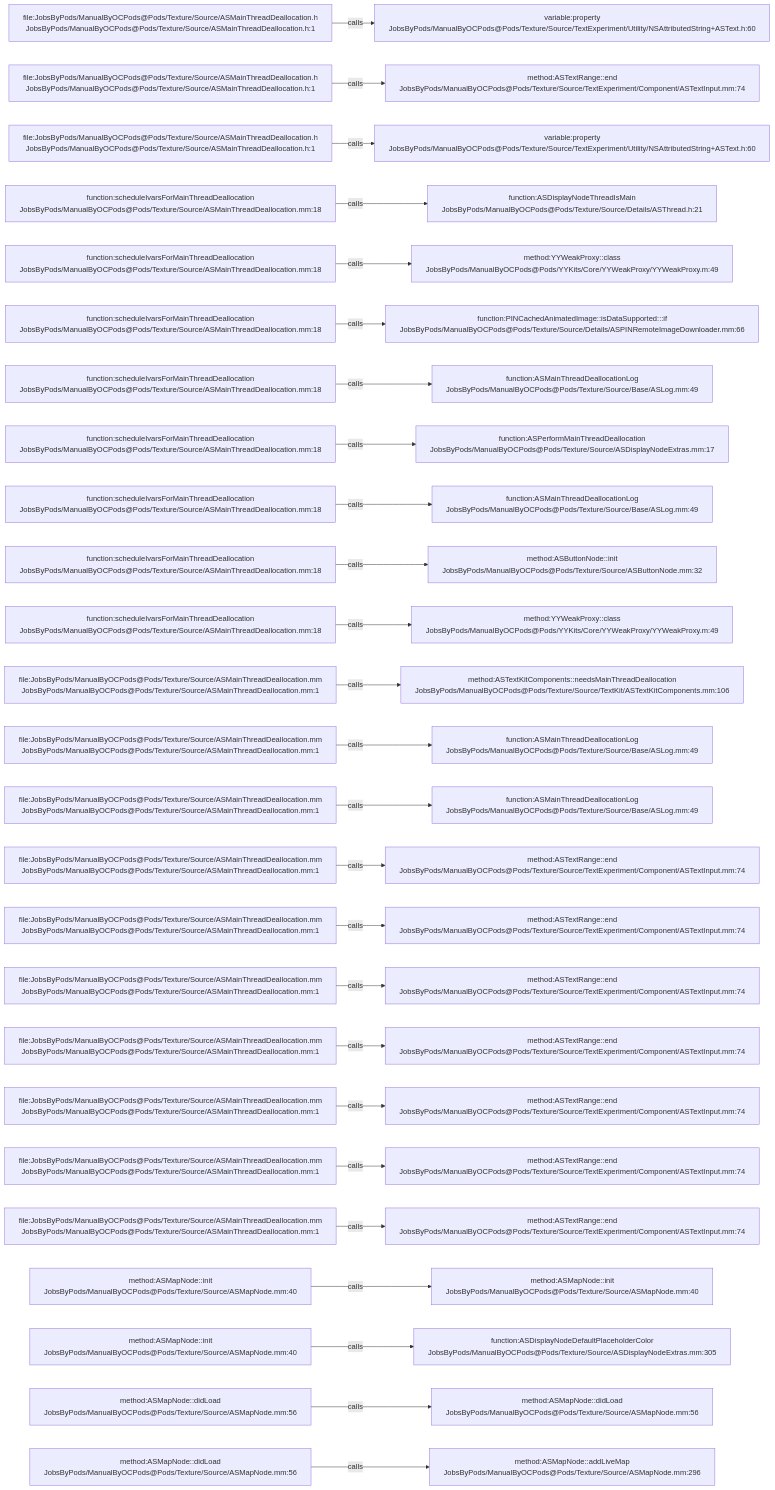
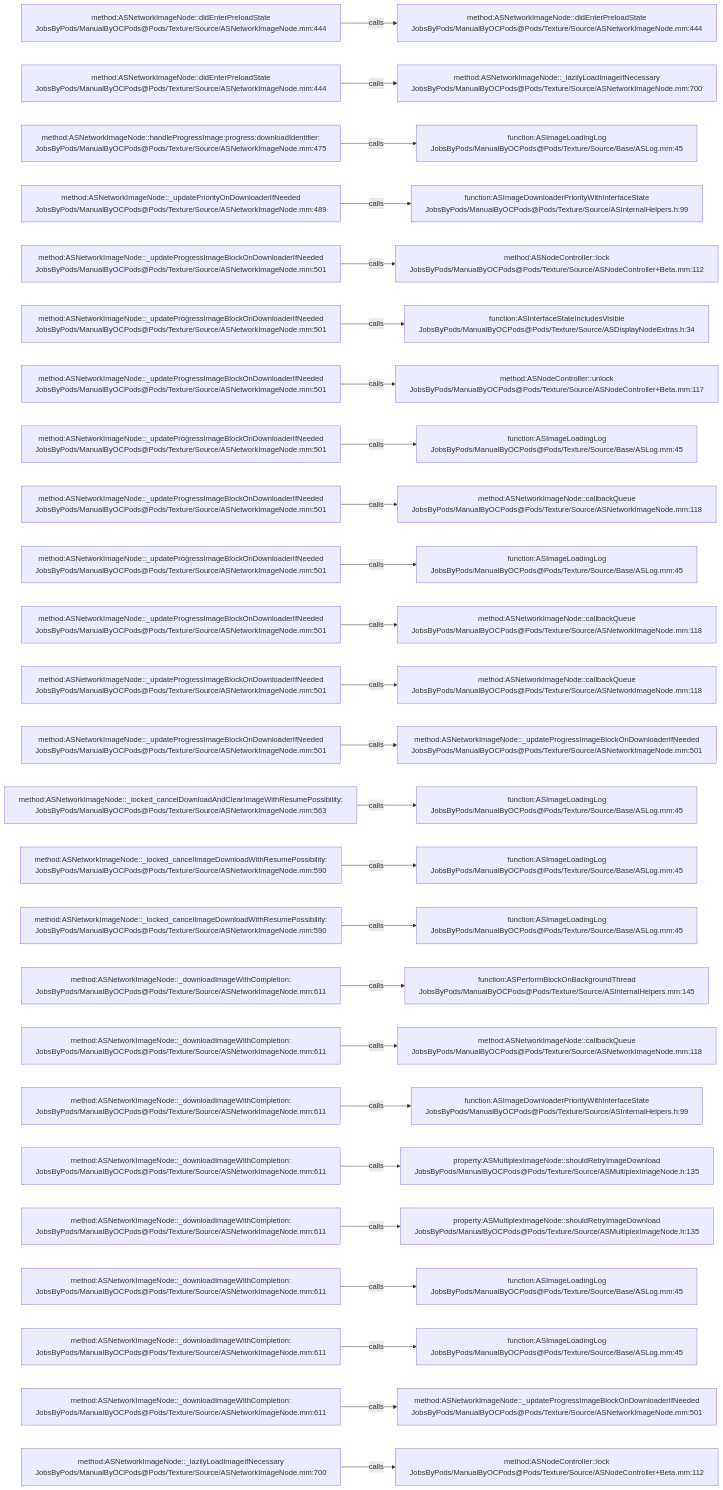
Before and after one commit to JobsKits/JobsOCBaseConfigDemo: the diagram in .codegraph/codegraph.md/graphs/calls-110.md, drawn with Mermaid. The commit also changed 1448 other files, not shown here.

````diff
--- a/.codegraph/codegraph.md/graphs/calls-110.md
+++ b/.codegraph/codegraph.md/graphs/calls-110.md
@@ -13,78 +13,78 @@
 ```mermaid
 flowchart LR
-  S1["file:JobsByPods/ManualByOCPods@Pods/Texture/Source/ASMainThreadDeallocation.h<br/>JobsByPods/ManualByOCPods@Pods/Texture/Source/ASMainThreadDeallocation.h:1"]
-  T1["variable:property<br/>JobsByPods/ManualByOCPods@Pods/Texture/Source/TextExperiment/Utility/NSAttributedString+ASText.h:60"]
+  S1["method:ASNetworkImageNode::didEnterPreloadState<br/>JobsByPods/ManualByOCPods@Pods/Texture/Source/ASNetworkImageNode.mm:444"]
+  T1["method:ASNetworkImageNode::didEnterPreloadState<br/>JobsByPods/ManualByOCPods@Pods/Texture/Source/ASNetworkImageNode.mm:444"]
   S1 -->|calls| T1
-  S2["file:JobsByPods/ManualByOCPods@Pods/Texture/Source/ASMainThreadDeallocation.h<br/>JobsByPods/ManualByOCPods@Pods/Texture/Source/ASMainThreadDeallocation.h:1"]
-  T2["method:ASTextRange::end<br/>JobsByPods/ManualByOCPods@Pods/Texture/Source/TextExperiment/Component/ASTextInput.mm:74"]
+  S2["method:ASNetworkImageNode::didEnterPreloadState<br/>JobsByPods/ManualByOCPods@Pods/Texture/Source/ASNetworkImageNode.mm:444"]
+  T2["method:ASNetworkImageNode::_lazilyLoadImageIfNecessary<br/>JobsByPods/ManualByOCPods@Pods/Texture/Source/ASNetworkImageNode.mm:700"]
   S2 -->|calls| T2
-  S3["file:JobsByPods/ManualByOCPods@Pods/Texture/Source/ASMainThreadDeallocation.h<br/>JobsByPods/ManualByOCPods@Pods/Texture/Source/ASMainThreadDeallocation.h:1"]
-  T3["variable:property<br/>JobsByPods/ManualByOCPods@Pods/Texture/Source/TextExperiment/Utility/NSAttributedString+ASText.h:60"]
+  S3["method:ASNetworkImageNode::handleProgressImage:progress:downloadIdentifier:<br/>JobsByPods/ManualByOCPods@Pods/Texture/Source/ASNetworkImageNode.mm:475"]
+  T3["function:ASImageLoadingLog<br/>JobsByPods/ManualByOCPods@Pods/Texture/Source/Base/ASLog.mm:45"]
   S3 -->|calls| T3
-  S4["function:scheduleIvarsForMainThreadDeallocation<br/>JobsByPods/ManualByOCPods@Pods/Texture/Source/ASMainThreadDeallocation.mm:18"]
-  T4["function:ASDisplayNodeThreadIsMain<br/>JobsByPods/ManualByOCPods@Pods/Texture/Source/Details/ASThread.h:21"]
+  S4["method:ASNetworkImageNode::_updatePriorityOnDownloaderIfNeeded<br/>JobsByPods/ManualByOCPods@Pods/Texture/Source/ASNetworkImageNode.mm:489"]
+  T4["function:ASImageDownloaderPriorityWithInterfaceState<br/>JobsByPods/ManualByOCPods@Pods/Texture/Source/ASInternalHelpers.h:99"]
   S4 -->|calls| T4
-  S5["function:scheduleIvarsForMainThreadDeallocation<br/>JobsByPods/ManualByOCPods@Pods/Texture/Source/ASMainThreadDeallocation.mm:18"]
-  T5["method:YYWeakProxy::class<br/>JobsByPods/ManualByOCPods@Pods/YYKits/Core/YYWeakProxy/YYWeakProxy.m:49"]
+  S5["method:ASNetworkImageNode::_updateProgressImageBlockOnDownloaderIfNeeded<br/>JobsByPods/ManualByOCPods@Pods/Texture/Source/ASNetworkImageNode.mm:501"]
+  T5["method:ASNodeController::lock<br/>JobsByPods/ManualByOCPods@Pods/Texture/Source/ASNodeController+Beta.mm:112"]
   S5 -->|calls| T5
-  S6["function:scheduleIvarsForMainThreadDeallocation<br/>JobsByPods/ManualByOCPods@Pods/Texture/Source/ASMainThreadDeallocation.mm:18"]
-  T6["function:PINCachedAnimatedImage::isDataSupported:::if<br/>JobsByPods/ManualByOCPods@Pods/Texture/Source/Details/ASPINRemoteImageDownloader.mm:66"]
+  S6["method:ASNetworkImageNode::_updateProgressImageBlockOnDownloaderIfNeeded<br/>JobsByPods/ManualByOCPods@Pods/Texture/Source/ASNetworkImageNode.mm:501"]
+  T6["function:ASInterfaceStateIncludesVisible<br/>JobsByPods/ManualByOCPods@Pods/Texture/Source/ASDisplayNodeExtras.h:34"]
   S6 -->|calls| T6
-  S7["function:scheduleIvarsForMainThreadDeallocation<br/>JobsByPods/ManualByOCPods@Pods/Texture/Source/ASMainThreadDeallocation.mm:18"]
-  T7["function:ASMainThreadDeallocationLog<br/>JobsByPods/ManualByOCPods@Pods/Texture/Source/Base/ASLog.mm:49"]
+  S7["method:ASNetworkImageNode::_updateProgressImageBlockOnDownloaderIfNeeded<br/>JobsByPods/ManualByOCPods@Pods/Texture/Source/ASNetworkImageNode.mm:501"]
+  T7["method:ASNodeController::unlock<br/>JobsByPods/ManualByOCPods@Pods/Texture/Source/ASNodeController+Beta.mm:117"]
   S7 -->|calls| T7
-  S8["function:scheduleIvarsForMainThreadDeallocation<br/>JobsByPods/ManualByOCPods@Pods/Texture/Source/ASMainThreadDeallocation.mm:18"]
-  T8["function:ASPerformMainThreadDeallocation<br/>JobsByPods/ManualByOCPods@Pods/Texture/Source/ASDisplayNodeExtras.mm:17"]
+  S8["method:ASNetworkImageNode::_updateProgressImageBlockOnDownloaderIfNeeded<br/>JobsByPods/ManualByOCPods@Pods/Texture/Source/ASNetworkImageNode.mm:501"]
+  T8["function:ASImageLoadingLog<br/>JobsByPods/ManualByOCPods@Pods/Texture/Source/Base/ASLog.mm:45"]
   S8 -->|calls| T8
-  S9["function:scheduleIvarsForMainThreadDeallocation<br/>JobsByPods/ManualByOCPods@Pods/Texture/Source/ASMainThreadDeallocation.mm:18"]
-  T9["function:ASMainThreadDeallocationLog<br/>JobsByPods/ManualByOCPods@Pods/Texture/Source/Base/ASLog.mm:49"]
+  S9["method:ASNetworkImageNode::_updateProgressImageBlockOnDownloaderIfNeeded<br/>JobsByPods/ManualByOCPods@Pods/Texture/Source/ASNetworkImageNode.mm:501"]
+  T9["method:ASNetworkImageNode::callbackQueue<br/>JobsByPods/ManualByOCPods@Pods/Texture/Source/ASNetworkImageNode.mm:118"]
   S9 -->|calls| T9
-  S10["function:scheduleIvarsForMainThreadDeallocation<br/>JobsByPods/ManualByOCPods@Pods/Texture/Source/ASMainThreadDeallocation.mm:18"]
-  T10["method:ASButtonNode::init<br/>JobsByPods/ManualByOCPods@Pods/Texture/Source/ASButtonNode.mm:32"]
+  S10["method:ASNetworkImageNode::_updateProgressImageBlockOnDownloaderIfNeeded<br/>JobsByPods/ManualByOCPods@Pods/Texture/Source/ASNetworkImageNode.mm:501"]
+  T10["function:ASImageLoadingLog<br/>JobsByPods/ManualByOCPods@Pods/Texture/Source/Base/ASLog.mm:45"]
   S10 -->|calls| T10
-  S11["function:scheduleIvarsForMainThreadDeallocation<br/>JobsByPods/ManualByOCPods@Pods/Texture/Source/ASMainThreadDeallocation.mm:18"]
-  T11["method:YYWeakProxy::class<br/>JobsByPods/ManualByOCPods@Pods/YYKits/Core/YYWeakProxy/YYWeakProxy.m:49"]
+  S11["method:ASNetworkImageNode::_updateProgressImageBlockOnDownloaderIfNeeded<br/>JobsByPods/ManualByOCPods@Pods/Texture/Source/ASNetworkImageNode.mm:501"]
+  T11["method:ASNetworkImageNode::callbackQueue<br/>JobsByPods/ManualByOCPods@Pods/Texture/Source/ASNetworkImageNode.mm:118"]
   S11 -->|calls| T11
-  S12["file:JobsByPods/ManualByOCPods@Pods/Texture/Source/ASMainThreadDeallocation.mm<br/>JobsByPods/ManualByOCPods@Pods/Texture/Source/ASMainThreadDeallocation.mm:1"]
-  T12["method:ASTextKitComponents::needsMainThreadDeallocation<br/>JobsByPods/ManualByOCPods@Pods/Texture/Source/TextKit/ASTextKitComponents.mm:106"]
+  S12["method:ASNetworkImageNode::_updateProgressImageBlockOnDownloaderIfNeeded<br/>JobsByPods/ManualByOCPods@Pods/Texture/Source/ASNetworkImageNode.mm:501"]
+  T12["method:ASNetworkImageNode::callbackQueue<br/>JobsByPods/ManualByOCPods@Pods/Texture/Source/ASNetworkImageNode.mm:118"]
   S12 -->|calls| T12
-  S13["file:JobsByPods/ManualByOCPods@Pods/Texture/Source/ASMainThreadDeallocation.mm<br/>JobsByPods/ManualByOCPods@Pods/Texture/Source/ASMainThreadDeallocation.mm:1"]
-  T13["function:ASMainThreadDeallocationLog<br/>JobsByPods/ManualByOCPods@Pods/Texture/Source/Base/ASLog.mm:49"]
+  S13["method:ASNetworkImageNode::_updateProgressImageBlockOnDownloaderIfNeeded<br/>JobsByPods/ManualByOCPods@Pods/Texture/Source/ASNetworkImageNode.mm:501"]
+  T13["method:ASNetworkImageNode::_updateProgressImageBlockOnDownloaderIfNeeded<br/>JobsByPods/ManualByOCPods@Pods/Texture/Source/ASNetworkImageNode.mm:501"]
   S13 -->|calls| T13
-  S14["file:JobsByPods/ManualByOCPods@Pods/Texture/Source/ASMainThreadDeallocation.mm<br/>JobsByPods/ManualByOCPods@Pods/Texture/Source/ASMainThreadDeallocation.mm:1"]
-  T14["function:ASMainThreadDeallocationLog<br/>JobsByPods/ManualByOCPods@Pods/Texture/Source/Base/ASLog.mm:49"]
+  S14["method:ASNetworkImageNode::_locked_cancelDownloadAndClearImageWithResumePossibility:<br/>JobsByPods/ManualByOCPods@Pods/Texture/Source/ASNetworkImageNode.mm:563"]
+  T14["function:ASImageLoadingLog<br/>JobsByPods/ManualByOCPods@Pods/Texture/Source/Base/ASLog.mm:45"]
   S14 -->|calls| T14
-  S15["file:JobsByPods/ManualByOCPods@Pods/Texture/Source/ASMainThreadDeallocation.mm<br/>JobsByPods/ManualByOCPods@Pods/Texture/Source/ASMainThreadDeallocation.mm:1"]
-  T15["method:ASTextRange::end<br/>JobsByPods/ManualByOCPods@Pods/Texture/Source/TextExperiment/Component/ASTextInput.mm:74"]
+  S15["method:ASNetworkImageNode::_locked_cancelImageDownloadWithResumePossibility:<br/>JobsByPods/ManualByOCPods@Pods/Texture/Source/ASNetworkImageNode.mm:590"]
+  T15["function:ASImageLoadingLog<br/>JobsByPods/ManualByOCPods@Pods/Texture/Source/Base/ASLog.mm:45"]
   S15 -->|calls| T15
-  S16["file:JobsByPods/ManualByOCPods@Pods/Texture/Source/ASMainThreadDeallocation.mm<br/>JobsByPods/ManualByOCPods@Pods/Texture/Source/ASMainThreadDeallocation.mm:1"]
-  T16["method:ASTextRange::end<br/>JobsByPods/ManualByOCPods@Pods/Texture/Source/TextExperiment/Component/ASTextInput.mm:74"]
+  S16["method:ASNetworkImageNode::_locked_cancelImageDownloadWithResumePossibility:<br/>JobsByPods/ManualByOCPods@Pods/Texture/Source/ASNetworkImageNode.mm:590"]
+  T16["function:ASImageLoadingLog<br/>JobsByPods/ManualByOCPods@Pods/Texture/Source/Base/ASLog.mm:45"]
   S16 -->|calls| T16
-  S17["file:JobsByPods/ManualByOCPods@Pods/Texture/Source/ASMainThreadDeallocation.mm<br/>JobsByPods/ManualByOCPods@Pods/Texture/Source/ASMainThreadDeallocation.mm:1"]
-  T17["method:ASTextRange::end<br/>JobsByPods/ManualByOCPods@Pods/Texture/Source/TextExperiment/Component/ASTextInput.mm:74"]
+  S17["method:ASNetworkImageNode::_downloadImageWithCompletion:<br/>JobsByPods/ManualByOCPods@Pods/Texture/Source/ASNetworkImageNode.mm:611"]
+  T17["function:ASPerformBlockOnBackgroundThread<br/>JobsByPods/ManualByOCPods@Pods/Texture/Source/ASInternalHelpers.mm:145"]
   S17 -->|calls| T17
-  S18["file:JobsByPods/ManualByOCPods@Pods/Texture/Source/ASMainThreadDeallocation.mm<br/>JobsByPods/ManualByOCPods@Pods/Texture/Source/ASMainThreadDeallocation.mm:1"]
-  T18["method:ASTextRange::end<br/>JobsByPods/ManualByOCPods@Pods/Texture/Source/TextExperiment/Component/ASTextInput.mm:74"]
+  S18["method:ASNetworkImageNode::_downloadImageWithCompletion:<br/>JobsByPods/ManualByOCPods@Pods/Texture/Source/ASNetworkImageNode.mm:611"]
+  T18["method:ASNetworkImageNode::callbackQueue<br/>JobsByPods/ManualByOCPods@Pods/Texture/Source/ASNetworkImageNode.mm:118"]
   S18 -->|calls| T18
-  S19["file:JobsByPods/ManualByOCPods@Pods/Texture/Source/ASMainThreadDeallocation.mm<br/>JobsByPods/ManualByOCPods@Pods/Texture/Source/ASMainThreadDeallocation.mm:1"]
-  T19["method:ASTextRange::end<br/>JobsByPods/ManualByOCPods@Pods/Texture/Source/TextExperiment/Component/ASTextInput.mm:74"]
+  S19["method:ASNetworkImageNode::_downloadImageWithCompletion:<br/>JobsByPods/ManualByOCPods@Pods/Texture/Source/ASNetworkImageNode.mm:611"]
+  T19["function:ASImageDownloaderPriorityWithInterfaceState<br/>JobsByPods/ManualByOCPods@Pods/Texture/Source/ASInternalHelpers.h:99"]
   S19 -->|calls| T19
-  S20["file:JobsByPods/ManualByOCPods@Pods/Texture/Source/ASMainThreadDeallocation.mm<br/>JobsByPods/ManualByOCPods@Pods/Texture/Source/ASMainThreadDeallocation.mm:1"]
-  T20["method:ASTextRange::end<br/>JobsByPods/ManualByOCPods@Pods/Texture/Source/TextExperiment/Component/ASTextInput.mm:74"]
+  S20["method:ASNetworkImageNode::_downloadImageWithCompletion:<br/>JobsByPods/ManualByOCPods@Pods/Texture/Source/ASNetworkImageNode.mm:611"]
+  T20["property:ASMultiplexImageNode::shouldRetryImageDownload<br/>JobsByPods/ManualByOCPods@Pods/Texture/Source/ASMultiplexImageNode.h:135"]
   S20 -->|calls| T20
-  S21["file:JobsByPods/ManualByOCPods@Pods/Texture/Source/ASMainThreadDeallocation.mm<br/>JobsByPods/ManualByOCPods@Pods/Texture/Source/ASMainThreadDeallocation.mm:1"]
-  T21["method:ASTextRange::end<br/>JobsByPods/ManualByOCPods@Pods/Texture/Source/TextExperiment/Component/ASTextInput.mm:74"]
+  S21["method:ASNetworkImageNode::_downloadImageWithCompletion:<br/>JobsByPods/ManualByOCPods@Pods/Texture/Source/ASNetworkImageNode.mm:611"]
+  T21["property:ASMultiplexImageNode::shouldRetryImageDownload<br/>JobsByPods/ManualByOCPods@Pods/Texture/Source/ASMultiplexImageNode.h:135"]
   S21 -->|calls| T21
-  S22["method:ASMapNode::init<br/>JobsByPods/ManualByOCPods@Pods/Texture/Source/ASMapNode.mm:40"]
-  T22["method:ASMapNode::init<br/>JobsByPods/ManualByOCPods@Pods/Texture/Source/ASMapNode.mm:40"]
+  S22["method:ASNetworkImageNode::_downloadImageWithCompletion:<br/>JobsByPods/ManualByOCPods@Pods/Texture/Source/ASNetworkImageNode.mm:611"]
+  T22["function:ASImageLoadingLog<br/>JobsByPods/ManualByOCPods@Pods/Texture/Source/Base/ASLog.mm:45"]
   S22 -->|calls| T22
-  S23["method:ASMapNode::init<br/>JobsByPods/ManualByOCPods@Pods/Texture/Source/ASMapNode.mm:40"]
-  T23["function:ASDisplayNodeDefaultPlaceholderColor<br/>JobsByPods/ManualByOCPods@Pods/Texture/Source/ASDisplayNodeExtras.mm:305"]
+  S23["method:ASNetworkImageNode::_downloadImageWithCompletion:<br/>JobsByPods/ManualByOCPods@Pods/Texture/Source/ASNetworkImageNode.mm:611"]
+  T23["function:ASImageLoadingLog<br/>JobsByPods/ManualByOCPods@Pods/Texture/Source/Base/ASLog.mm:45"]
   S23 -->|calls| T23
-  S24["method:ASMapNode::didLoad<br/>JobsByPods/ManualByOCPods@Pods/Texture/Source/ASMapNode.mm:56"]
-  T24["method:ASMapNode::didLoad<br/>JobsByPods/ManualByOCPods@Pods/Texture/Source/ASMapNode.mm:56"]
+  S24["method:ASNetworkImageNode::_downloadImageWithCompletion:<br/>JobsByPods/ManualByOCPods@Pods/Texture/Source/ASNetworkImageNode.mm:611"]
+  T24["method:ASNetworkImageNode::_updateProgressImageBlockOnDownloaderIfNeeded<br/>JobsByPods/ManualByOCPods@Pods/Texture/Source/ASNetworkImageNode.mm:501"]
   S24 -->|calls| T24
-  S25["method:ASMapNode::didLoad<br/>JobsByPods/ManualByOCPods@Pods/Texture/Source/ASMapNode.mm:56"]
-  T25["method:ASMapNode::addLiveMap<br/>JobsByPods/ManualByOCPods@Pods/Texture/Source/ASMapNode.mm:296"]
+  S25["method:ASNetworkImageNode::_lazilyLoadImageIfNecessary<br/>JobsByPods/ManualByOCPods@Pods/Texture/Source/ASNetworkImageNode.mm:700"]
+  T25["method:ASNodeController::lock<br/>JobsByPods/ManualByOCPods@Pods/Texture/Source/ASNodeController+Beta.mm:112"]
   S25 -->|calls| T25
 ```
````
